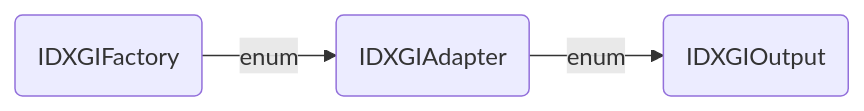
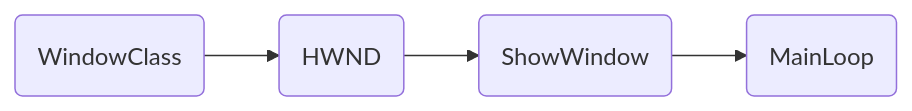
Before and after one commit to pw1316/pw1316.github.io: the first of 5 diagrams in _posts/2018-05-29-DX11Note.md, drawn with Mermaid. The commit also changed other lines of this file and 1 other file, not shown here.

````diff
--- a/_posts/2018-05-29-DX11Note.md
+++ b/_posts/2018-05-29-DX11Note.md
@@ -15,5 +13,6 @@
 ```mermaid
 graph LR
-A(IDXGIFactory)--enum-->B(IDXGIAdapter)
-B--enum-->C(IDXGIOutput)
+A(WindowClass)-->B(HWND)
+B-->C(ShowWindow)
+C-->D(MainLoop)
 ```
````
